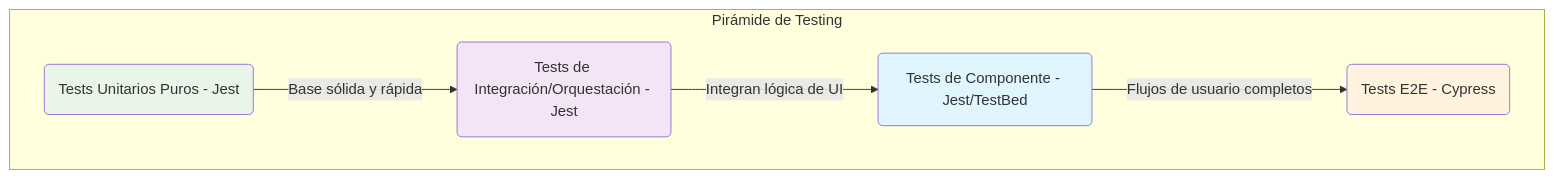
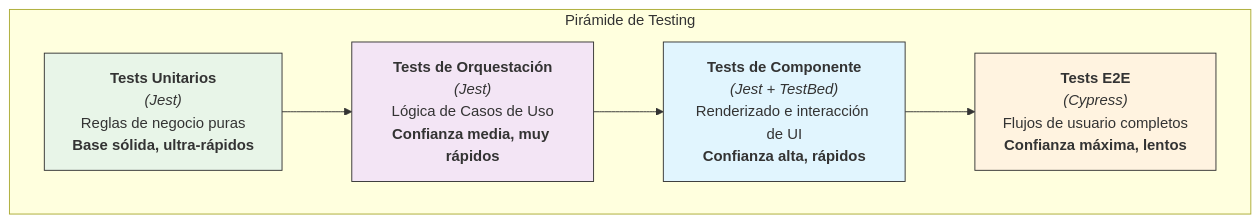
Before and after one commit to sandovaldavid/MAD-AI: the diagram in docs/info/guide-test-implementation.md, drawn with Mermaid. The commit also changed other lines of this file, not shown here.

Commit message:
📝 docs: update testing guidelines for Clean Architecture layers

````diff
--- a/docs/info/guide-test-implementation.md
+++ b/docs/info/guide-test-implementation.md
@@ -11,16 +13,17 @@
 ```mermaid
 graph TD
     subgraph Pirámide de Testing
-        E2E(Tests E2E - Cypress)
-        Comp(Tests de Componente - Jest/TestBed)
-        App(Tests de Integración/Orquestación - Jest)
-        Dom(Tests Unitarios Puros - Jest)
+        E2E["<b>Tests E2E</b><br><i>(Cypress)</i><br>Flujos de usuario completos<br><b>Confianza máxima, lentos</b>"]
+        Comp["<b>Tests de Componente</b><br><i>(Jest + TestBed)</i><br>Renderizado e interacción de UI<br><b>Confianza alta, rápidos</b>"]
+        App["<b>Tests de Orquestación</b><br><i>(Jest)</i><br>Lógica de Casos de Uso<br><b>Confianza media, muy rápidos</b>"]
+        Dom["<b>Tests Unitarios</b><br><i>(Jest)</i><br>Reglas de negocio puras<br><b>Base sólida, ultra-rápidos</b>"]
     end
-    Dom -- Base sólida y rápida --> App
-    App -- Integran lógica de UI --> Comp
-    Comp -- Flujos de usuario completos --> E2E
-    style Dom fill:#e8f5e8
-    style App fill:#f3e5f5
-    style Comp fill:#e1f5fe
-    style E2E fill:#fff3e0
+    Dom --> App
+    App --> Comp
+    Comp --> E2E
+
+    style Dom fill:#e8f5e8,stroke:#333
+    style App fill:#f3e5f5,stroke:#333
+    style Comp fill:#e1f5fe,stroke:#333
+    style E2E fill:#fff3e0,stroke:#333
 ```
````
